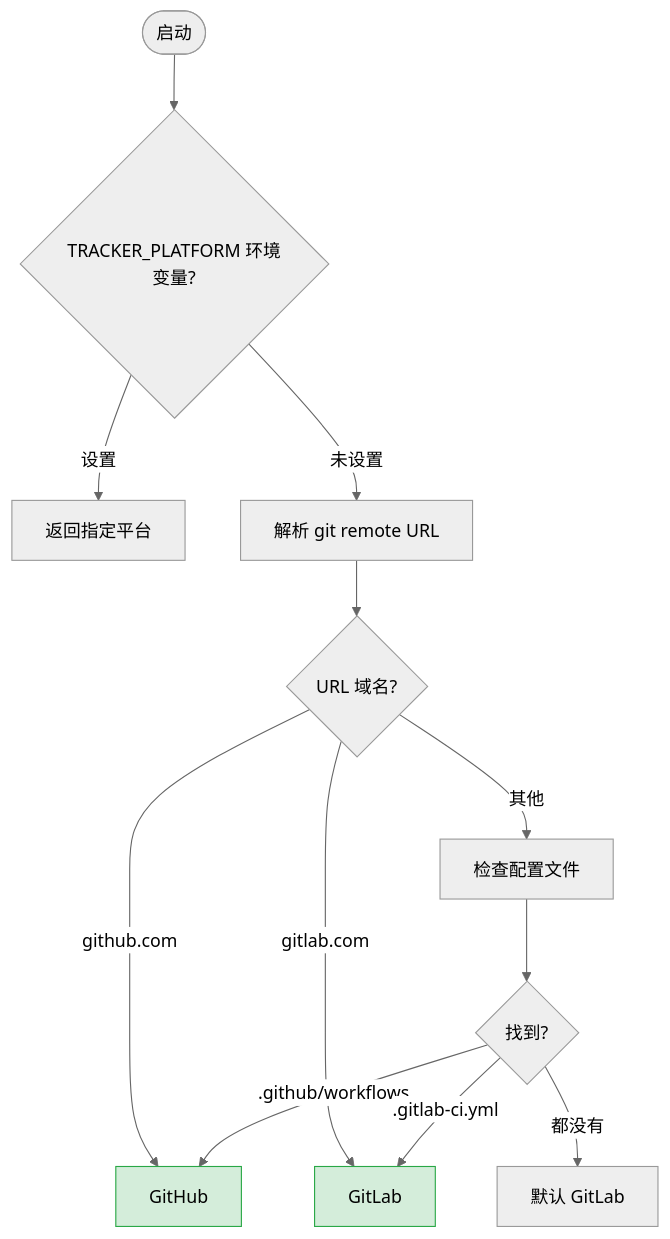
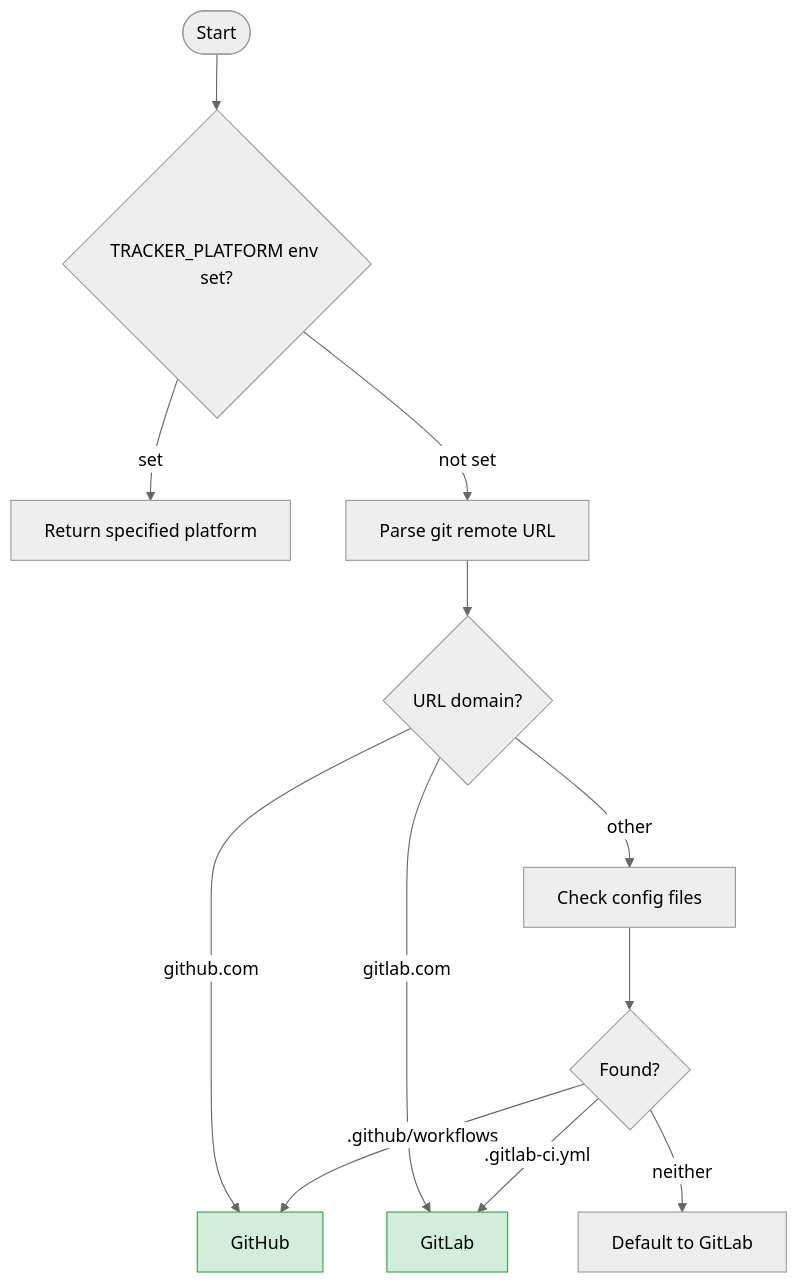
The third of 11 diagrams in docs/ARCHITECTURE.md (easyhaloo/afk), drawn with Mermaid (neutral theme) before and after one commit. The commit also changed other lines of this file, not shown here.

Commit message:
docs: add English ARCHITECTURE.md

````diff
--- a/docs/ARCHITECTURE.md
+++ b/docs/ARCHITECTURE.md
@@ -207,17 +207,17 @@
 ```mermaid
 flowchart TD
-    Start([启动]) --> Env{"TRACKER_PLATFORM 环境变量?"}
-    Env -->|设置| ReturnEnv[返回指定平台]
-    Env -->|未设置| Remote[解析 git remote URL]
-    Remote --> RemoteCheck{URL 域名?}
+    Start([Start]) --> Env{"TRACKER_PLATFORM env set?"}
+    Env -->|set| ReturnEnv[Return specified platform]
+    Env -->|not set| Remote[Parse git remote URL]
+    Remote --> RemoteCheck{URL domain?}
     RemoteCheck -->|github.com| GH[GitHub]
     RemoteCheck -->|gitlab.com| GL[GitLab]
-    RemoteCheck -->|其他| Config[检查配置文件]
-    Config --> ConfigCheck{找到?}
+    RemoteCheck -->|other| Config[Check config files]
+    Config --> ConfigCheck{Found?}
     ConfigCheck -->|.github/workflows| GH
     ConfigCheck -->|.gitlab-ci.yml| GL
-    ConfigCheck -->|都没有| Default[默认 GitLab]
+    ConfigCheck -->|neither| Default[Default to GitLab]
 
     classDef detected fill:#d4edda,stroke:#28a745
     class GH,GL detected
 ```
````
